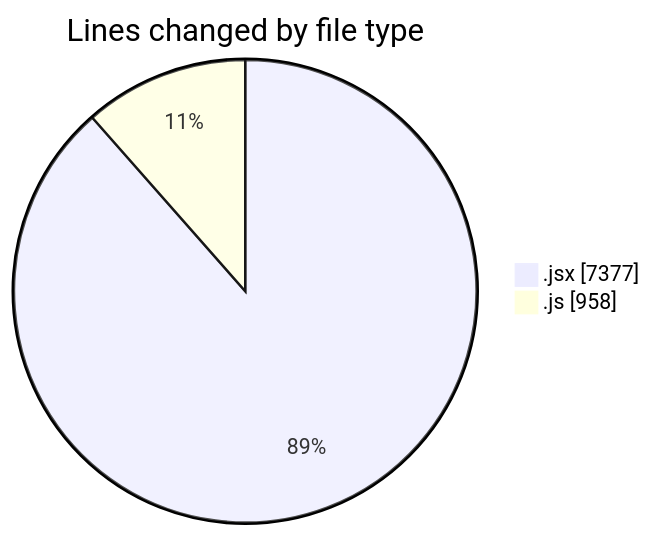
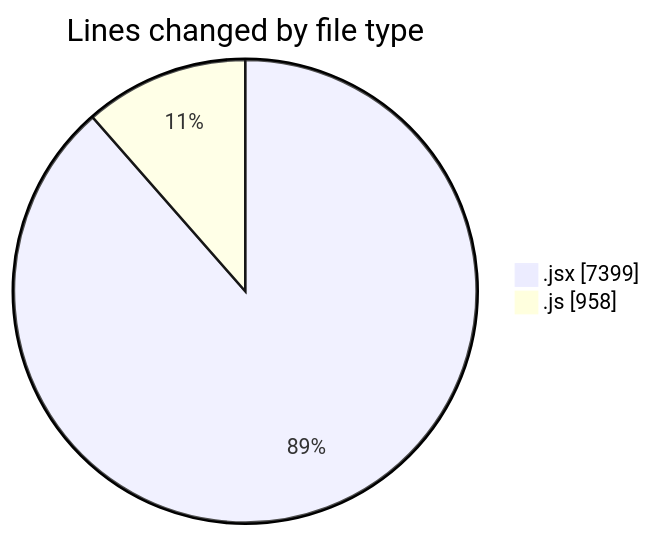
One commit to nxtqubesakshisongat/code-tracking changed the first of 2 diagrams in 2026-01-20/nxtqube_webapp/README.md. Above: the diagram before and after it, drawn with Mermaid. The commit also changed other lines of this file and 1 other file, not shown here.

````diff
--- a/2026-01-20/nxtqube_webapp/README.md
+++ b/2026-01-20/nxtqube_webapp/README.md
@@ -24,6 +24,6 @@
 ```mermaid
 pie showData
 title Lines changed by file type
-".jsx" : 7377
+".jsx" : 7399
 ".js" : 958
 ```
````
